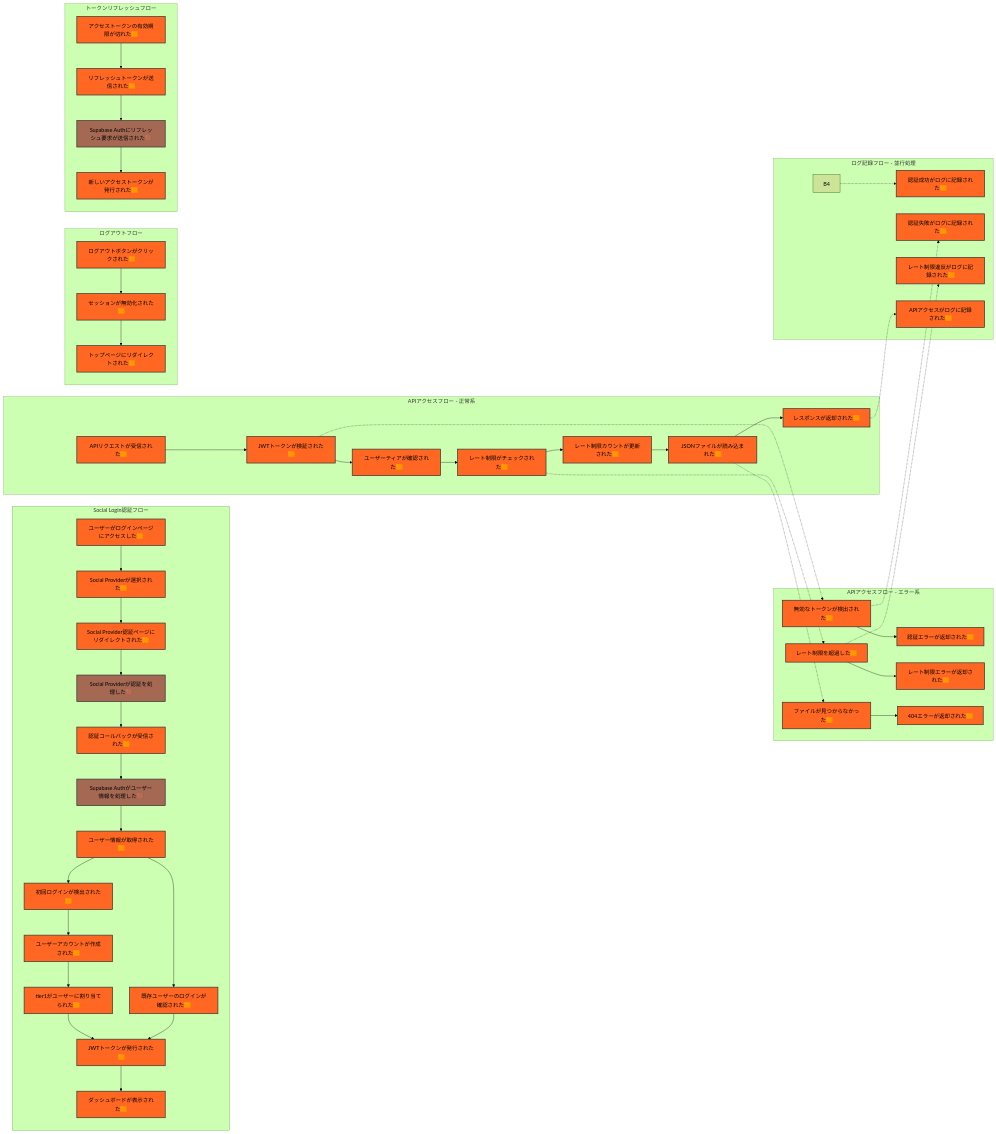
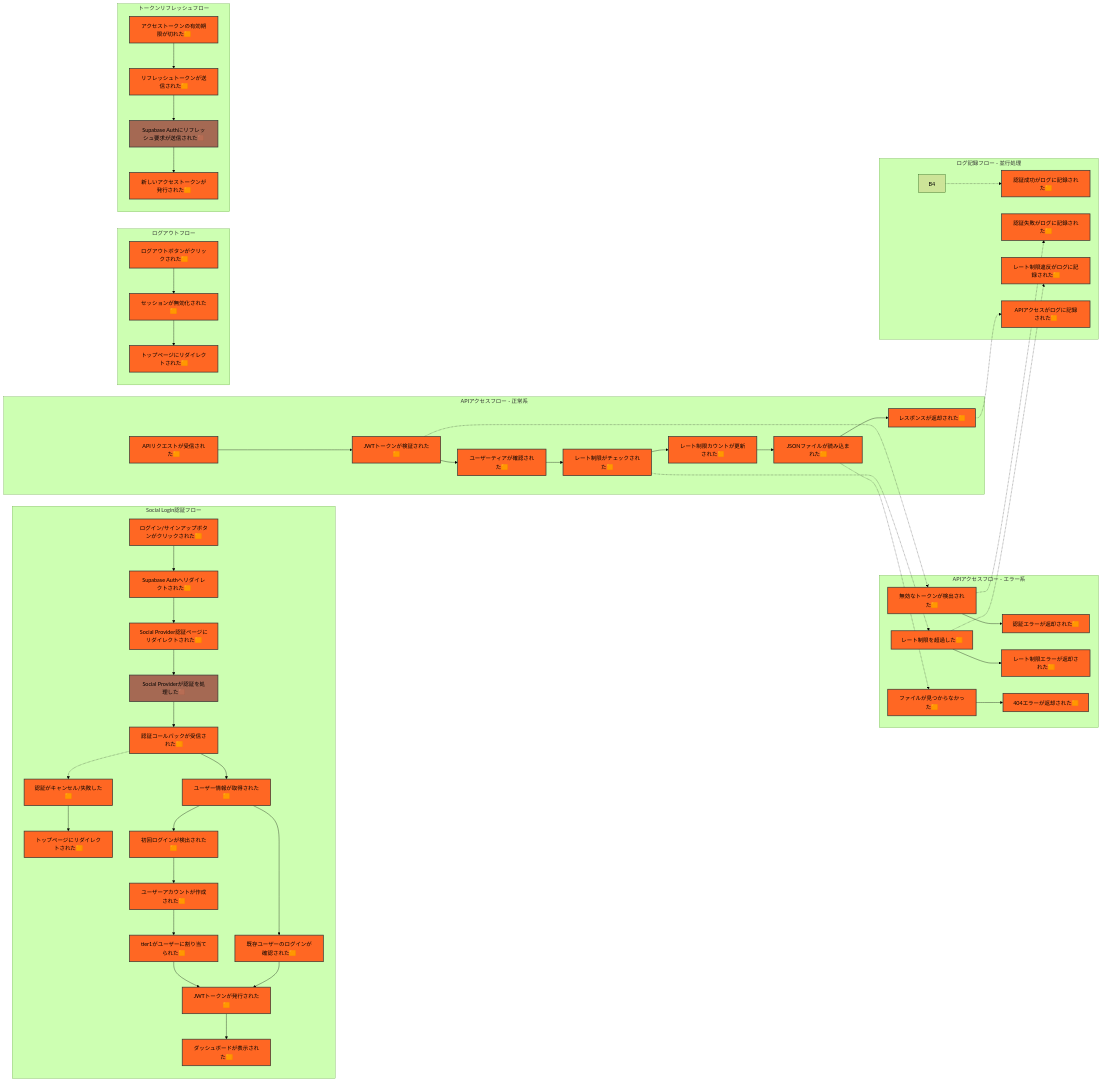
Before and after one commit to hydrangeas/redis-test: the diagram in docs/specs/step1.md, drawn with Mermaid (forest theme). The commit also changed other lines of this file and 2 other files, not shown here.

Commit message:
refactor: 認証フローのイベントストーミングモデルを簡略化
  - ログインページを廃止し、トップページから直接認証開始
  - Supabase Auth UIの内部処理をモデルから除外
  - 曖昧な中間イベントを削除し、認証結果への直接分岐に修正
  - 認証失敗・キャンセルパターンを追加

````diff
--- a/docs/specs/step1.md
+++ b/docs/specs/step1.md
@@ -8,39 +8,43 @@
 graph LR
     %% Social Login認証フロー
     subgraph "Social Login認証フロー"
-        A1[ユーザーがログインページにアクセスした🟧]
-        A2[Social Providerが選択された🟧]
-        A3[Social Provider認証ページにリダイレクトされた🟧]
-        A4[Social Providerが認証を処理した🟫]
-        A5[認証コールバックが受信された🟧]
-        A6[Supabase Authがユーザー情報を処理した🟫]
-        A7[ユーザー情報が取得された🟧]
+        A1[ログイン/サインアップボタンがクリックされた🟧]
+        A2[Supabase Authへリダイレクトされた🟧]
+        A4[Social Provider認証ページにリダイレクトされた🟧]
+        A5[Social Providerが認証を処理した🟫]
+        A6[認証コールバックが受信された🟧]
+        A8[ユーザー情報が取得された🟧]
+        
+        %% 認証失敗・キャンセル時の分岐
+        A15[認証がキャンセル/失敗した🟧]
+        A16[トップページにリダイレクトされた🟧]
         
         %% 初回ログイン時の分岐
-        A8[初回ログインが検出された🟧]
-        A9[ユーザーアカウントが作成された🟧]
-        A10[tier1がユーザーに割り当てられた🟧]
+        A9[初回ログインが検出された🟧]
+        A10[ユーザーアカウントが作成された🟧]
+        A11[tier1がユーザーに割り当てられた🟧]
         
         %% 既存ユーザーのログイン
-        A11[既存ユーザーのログインが確認された🟧]
+        A12[既存ユーザーのログインが確認された🟧]
         
         %% 共通処理
-        A12[JWTトークンが発行された🟧]
-        A13[ダッシュボードが表示された🟧]
+        A13[JWTトークンが発行された🟧]
+        A14[ダッシュボードが表示された🟧]
         
         A1 --> A2
-        A2 --> A3
-        A3 --> A4
+        A2 --> A4
         A4 --> A5
         A5 --> A6
-        A6 --> A7
-        A7 --> A8
-        A7 --> A11
+        A6 --> A8
+        A6 -.-> A15
+        A15 --> A16
         A8 --> A9
+        A8 --> A12
         A9 --> A10
-        A10 --> A12
-        A11 --> A12
+        A10 --> A11
+        A11 --> A13
         A12 --> A13
+        A13 --> A14
     end
     
     %% APIアクセスフロー（正常系）
@@ -122,6 +126,6 @@
     classDef policy fill:#00d26a,stroke:#333,stroke-width:2px;
     classDef readModel fill:#000000,color:#fff,stroke:#333,stroke-width:2px;
     
-    class A1,A2,A3,A5,A7,A8,A9,A10,A11,A12,A13,C1,C2,C3,C4,C5,C6,C7,D1,D2,D3,D4,D5,D6,E1,E2,E3,F1,F2,F4,G1,G2,G3,G4 event;
-    class A4,A6,F3 externalSystem;
+    class A1,A2,A4,A6,A8,A9,A10,A11,A12,A13,A14,A15,A16,C1,C2,C3,C4,C5,C6,C7,D1,D2,D3,D4,D5,D6,E1,E2,E3,F1,F2,F4,G1,G2,G3,G4 event;
+    class A5,F3 externalSystem;
 ```
````
